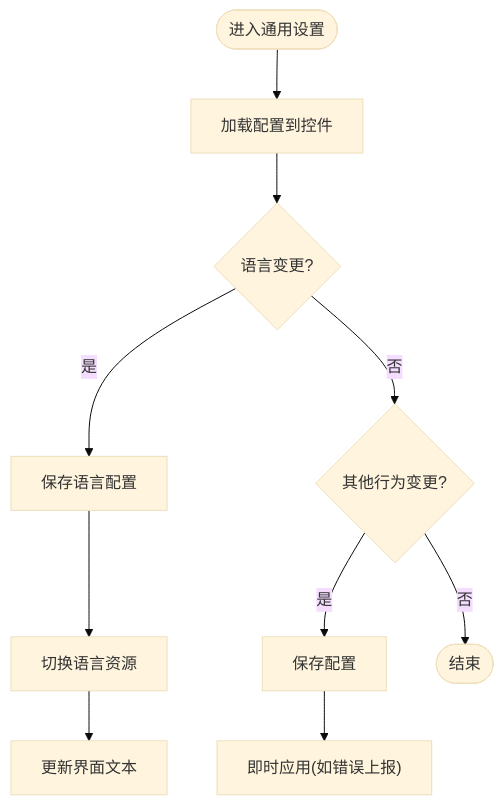
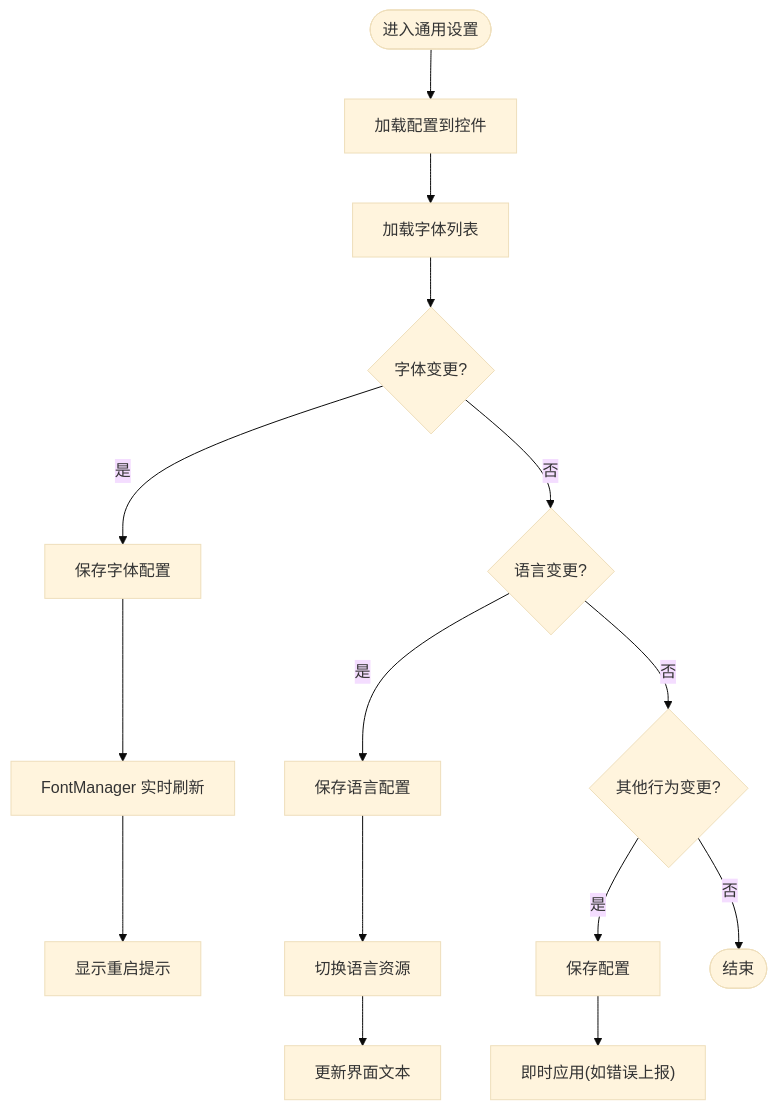
Before and after one commit to tea4go/Macro-Deck: the third of 6 diagrams in .qoder/repowiki/zh/content/图形用户界面/视图管理系统/设置视图.md, drawn with Mermaid (base theme). The commit also changed other lines of this file and 32 other files, not shown here.

````diff
--- a/.qoder/repowiki/zh/content/图形用户界面/视图管理系统/设置视图.md
+++ b/.qoder/repowiki/zh/content/图形用户界面/视图管理系统/设置视图.md
@@ -154,12 +167,17 @@
 ```mermaid
 flowchart TD
 Start(["进入通用设置"]) --> LoadCfg["加载配置到控件"]
-LoadCfg --> ChangeLang{"语言变更?"}
+LoadCfg --> LoadFont["加载字体列表"]
+LoadFont --> ChangeFont{"字体变更?"}
+ChangeFont --> |是| SaveFont["保存字体配置"]
+SaveFont --> RefreshFont["FontManager 实时刷新"]
+RefreshFont --> ShowHint["显示重启提示"]
+ChangeFont --> |否| ChangeLang{"语言变更?"}
 ChangeLang --> |是| SaveLang["保存语言配置"]
 SaveLang --> SwitchLang["切换语言资源"]
 SwitchLang --> Translate["更新界面文本"]
 ChangeLang --> |否| ChangeOther{"其他行为变更?"}
 ChangeOther --> |是| SaveOther["保存配置"]
 SaveOther --> ApplyOther["即时应用(如错误上报)"]
 ChangeOther --> |否| End(["结束"])
 ```
````
